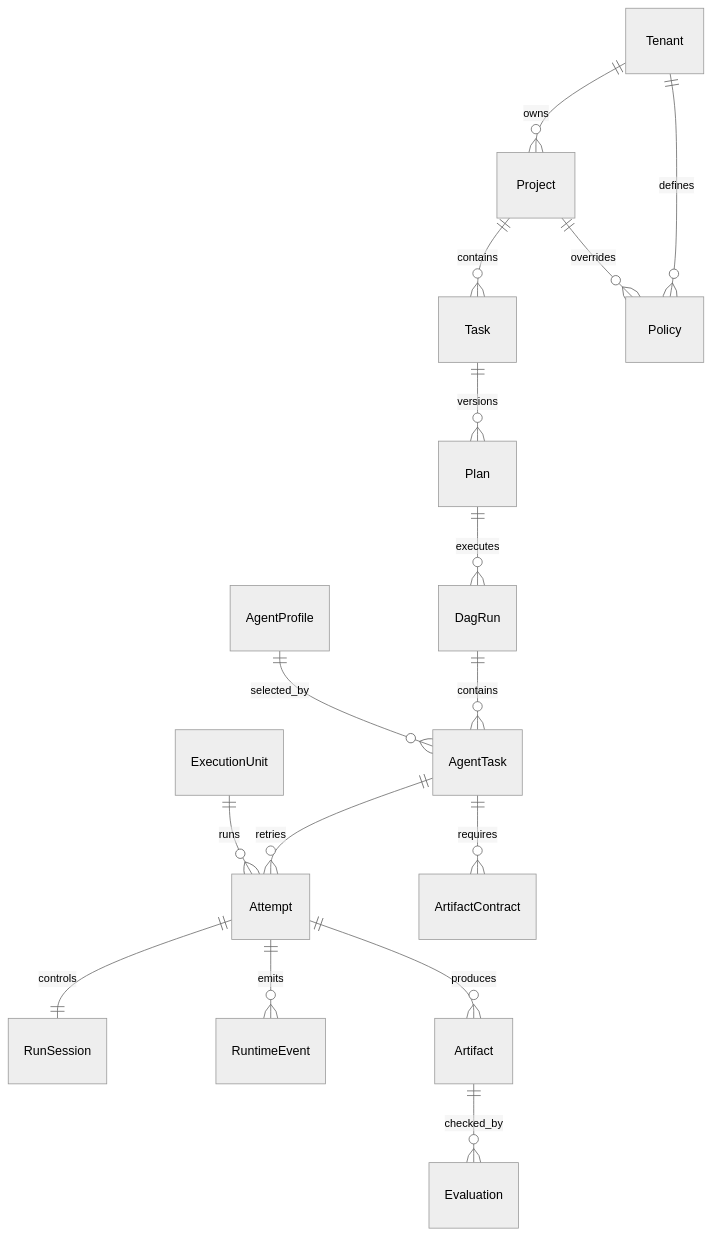
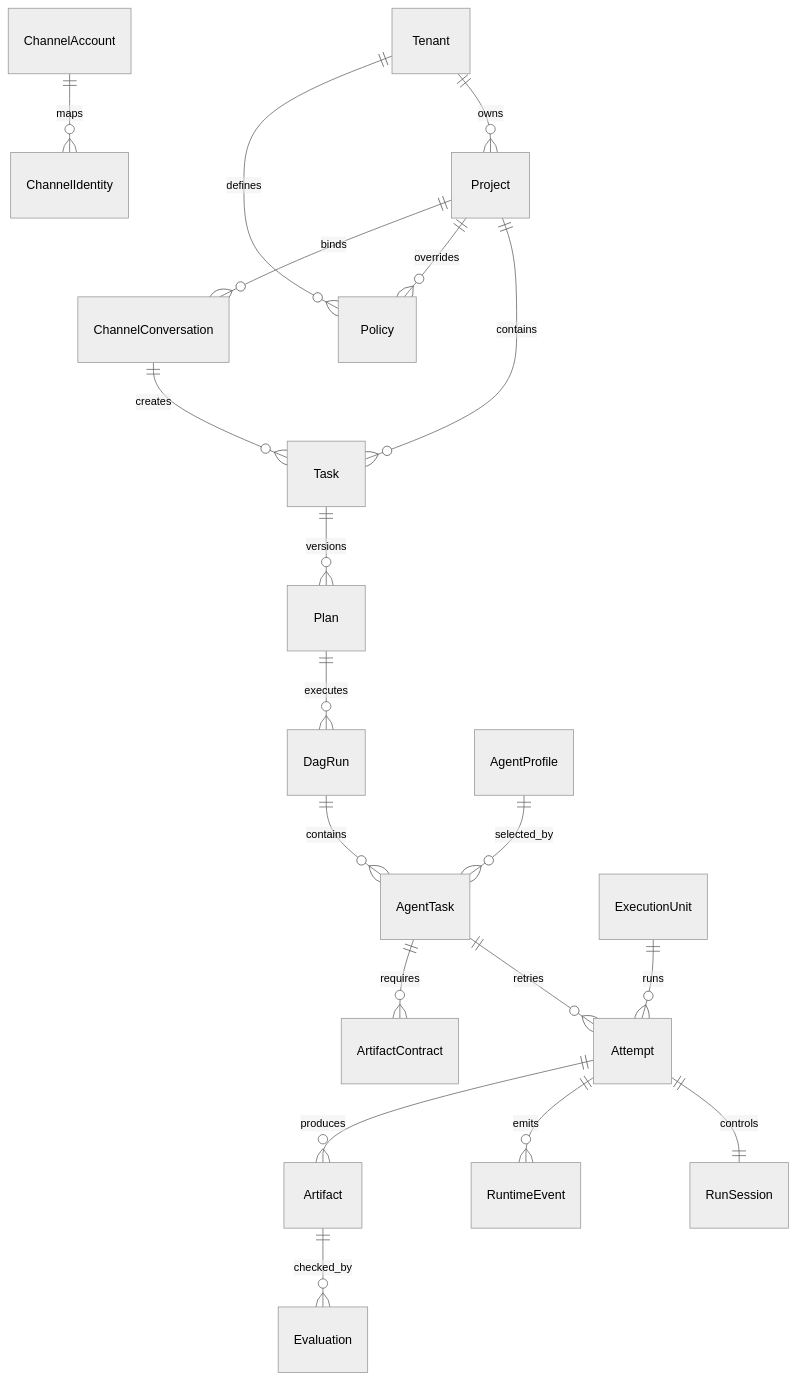
The second of 3 diagrams in docs/implementation/client-admin-agent-platform-plan.md (chiga0/aflow), drawn with Mermaid (neutral theme) before and after one commit. The commit also changed other lines of this file, not shown here.

Commit message:
docs: add channel gateway to v2 architecture

````diff
--- a/docs/implementation/client-admin-agent-platform-plan.md
+++ b/docs/implementation/client-admin-agent-platform-plan.md
@@ -226,18 +306,21 @@
 ```mermaid
 erDiagram
   Tenant ||--o{ Project : owns
   Project ||--o{ Task : contains
   Task ||--o{ Plan : versions
   Plan ||--o{ DagRun : executes
   DagRun ||--o{ AgentTask : contains
   AgentTask ||--o{ Attempt : retries
   Attempt ||--|| RunSession : controls
   AgentTask ||--o{ ArtifactContract : requires
   Attempt ||--o{ RuntimeEvent : emits
   Attempt ||--o{ Artifact : produces
   Artifact ||--o{ Evaluation : checked_by
   Tenant ||--o{ Policy : defines
   Project ||--o{ Policy : overrides
+  Project ||--o{ ChannelConversation : binds
+  ChannelAccount ||--o{ ChannelIdentity : maps
+  ChannelConversation ||--o{ Task : creates
   AgentProfile ||--o{ AgentTask : selected_by
   ExecutionUnit ||--o{ Attempt : runs
 ```
````
